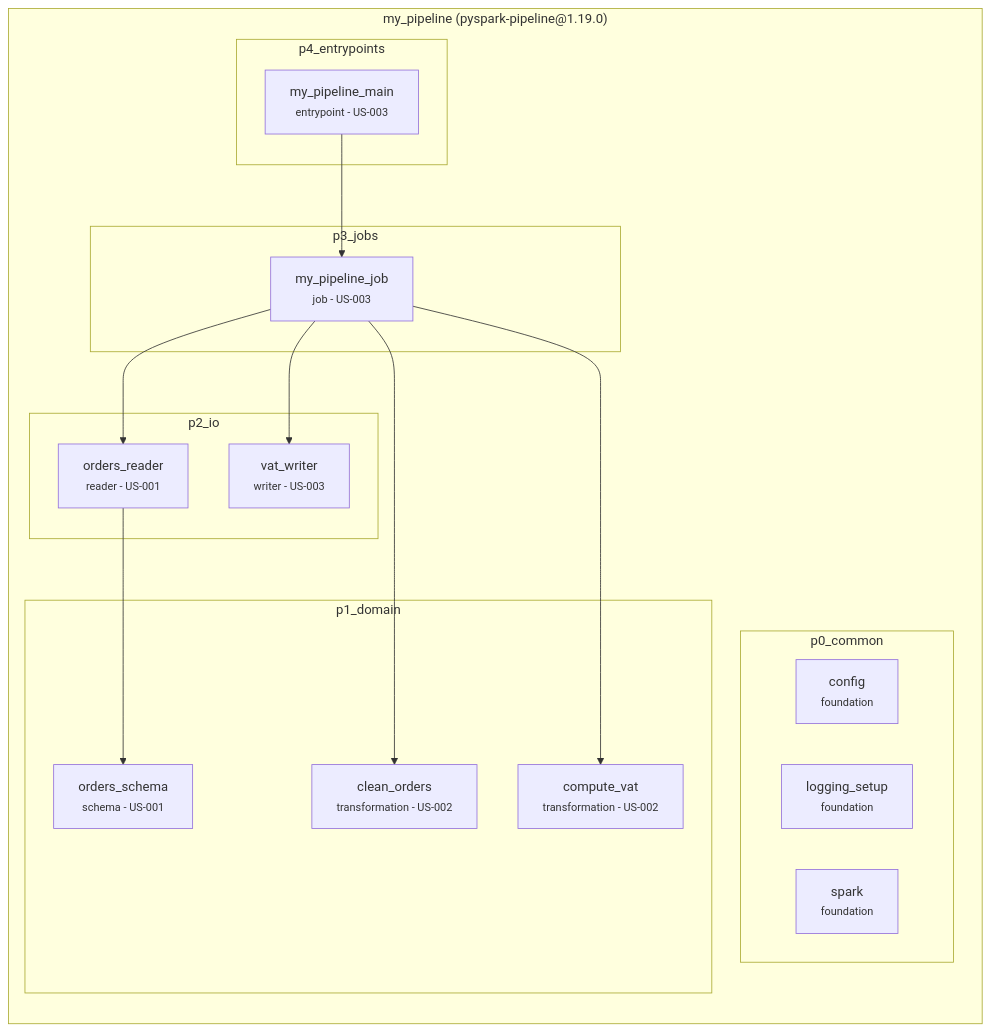
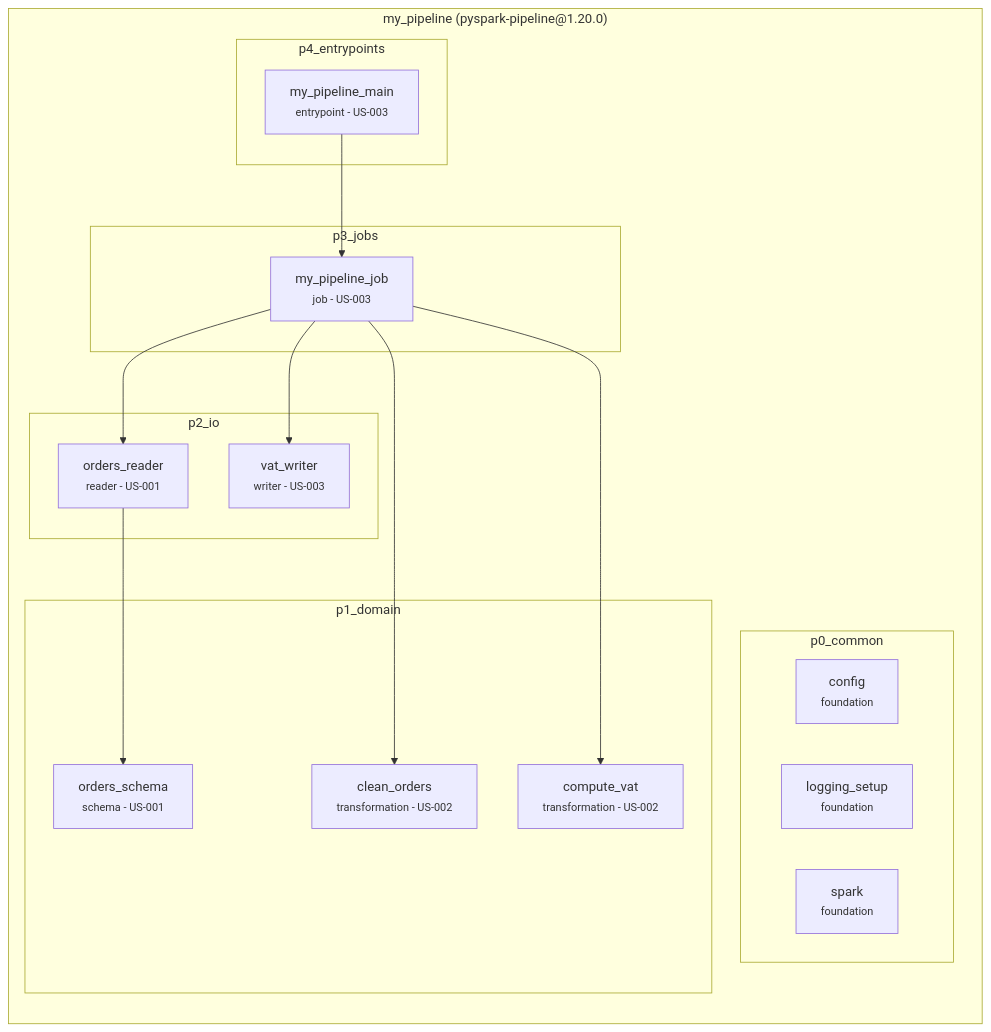
The diagram in contract/archvow/examples/pyspark-pipeline/.archvow/spec.md (archvow/archvow-plugin), drawn with Mermaid before and after one commit. The commit also changed other lines of this file and 92 other files, not shown here.

````diff
--- a/contract/archvow/examples/pyspark-pipeline/.archvow/spec.md
+++ b/contract/archvow/examples/pyspark-pipeline/.archvow/spec.md
@@ -11,33 +11,33 @@
 ```mermaid
 flowchart TB
-  subgraph my_pipeline["my_pipeline (pyspark-pipeline@1.19.0)"]
+  subgraph my_pipeline["my_pipeline (pyspark-pipeline@1.20.0)"]
     direction TB
     subgraph my_pipeline__p0_common["p0_common"]
       my_pipeline__config["config<br/><small>foundation</small>"]
       my_pipeline__logging_setup["logging_setup<br/><small>foundation</small>"]
       my_pipeline__spark["spark<br/><small>foundation</small>"]
     end
     subgraph my_pipeline__p1_domain["p1_domain"]
       my_pipeline__clean_orders["clean_orders<br/><small>transformation - US-002</small>"]
       my_pipeline__compute_vat["compute_vat<br/><small>transformation - US-002</small>"]
       my_pipeline__orders_schema["orders_schema<br/><small>schema - US-001</small>"]
     end
     subgraph my_pipeline__p2_io["p2_io"]
       my_pipeline__orders_reader["orders_reader<br/><small>reader - US-001</small>"]
       my_pipeline__vat_writer["vat_writer<br/><small>writer - US-003</small>"]
     end
     subgraph my_pipeline__p3_jobs["p3_jobs"]
       my_pipeline__my_pipeline_job["my_pipeline_job<br/><small>job - US-003</small>"]
     end
     subgraph my_pipeline__p4_entrypoints["p4_entrypoints"]
       my_pipeline__my_pipeline_main["my_pipeline_main<br/><small>entrypoint - US-003</small>"]
     end
   end
   my_pipeline__orders_reader --> my_pipeline__orders_schema
   my_pipeline__my_pipeline_job --> my_pipeline__orders_reader
   my_pipeline__my_pipeline_job --> my_pipeline__clean_orders
   my_pipeline__my_pipeline_job --> my_pipeline__compute_vat
   my_pipeline__my_pipeline_job --> my_pipeline__vat_writer
   my_pipeline__my_pipeline_main --> my_pipeline__my_pipeline_job
   classDef empty fill:none,stroke:none
 ```
````
